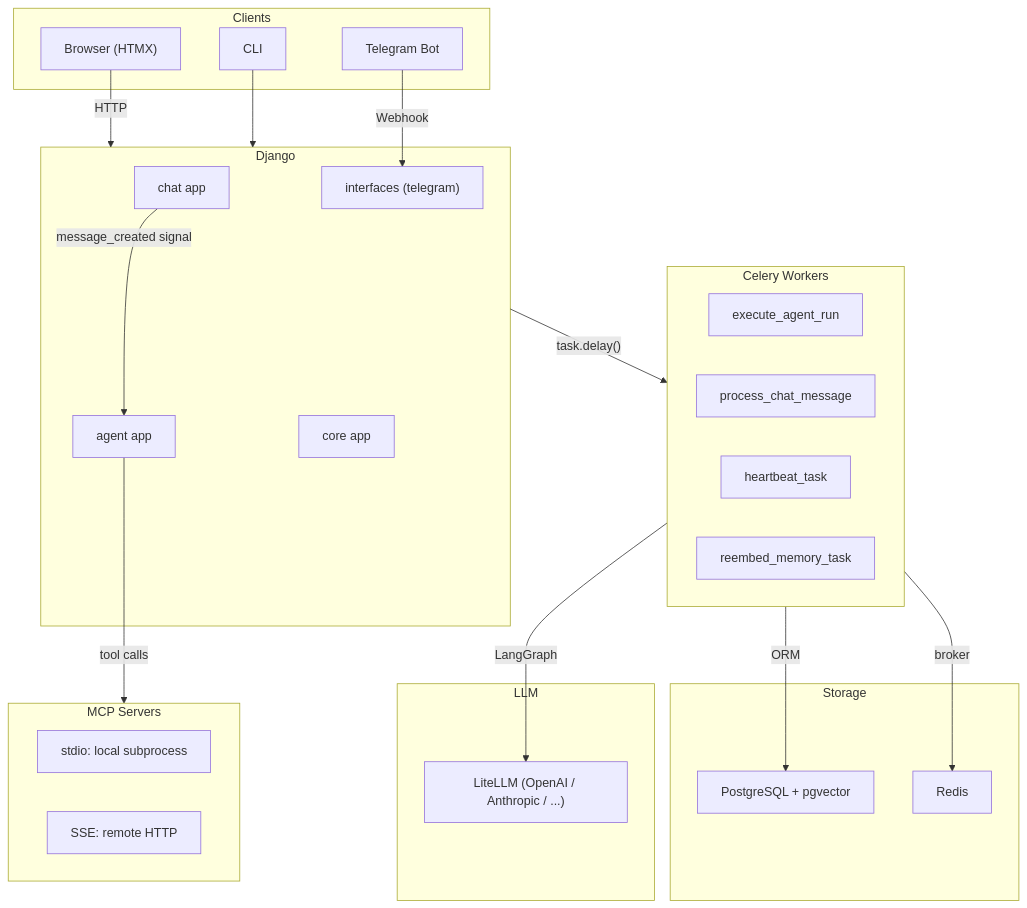
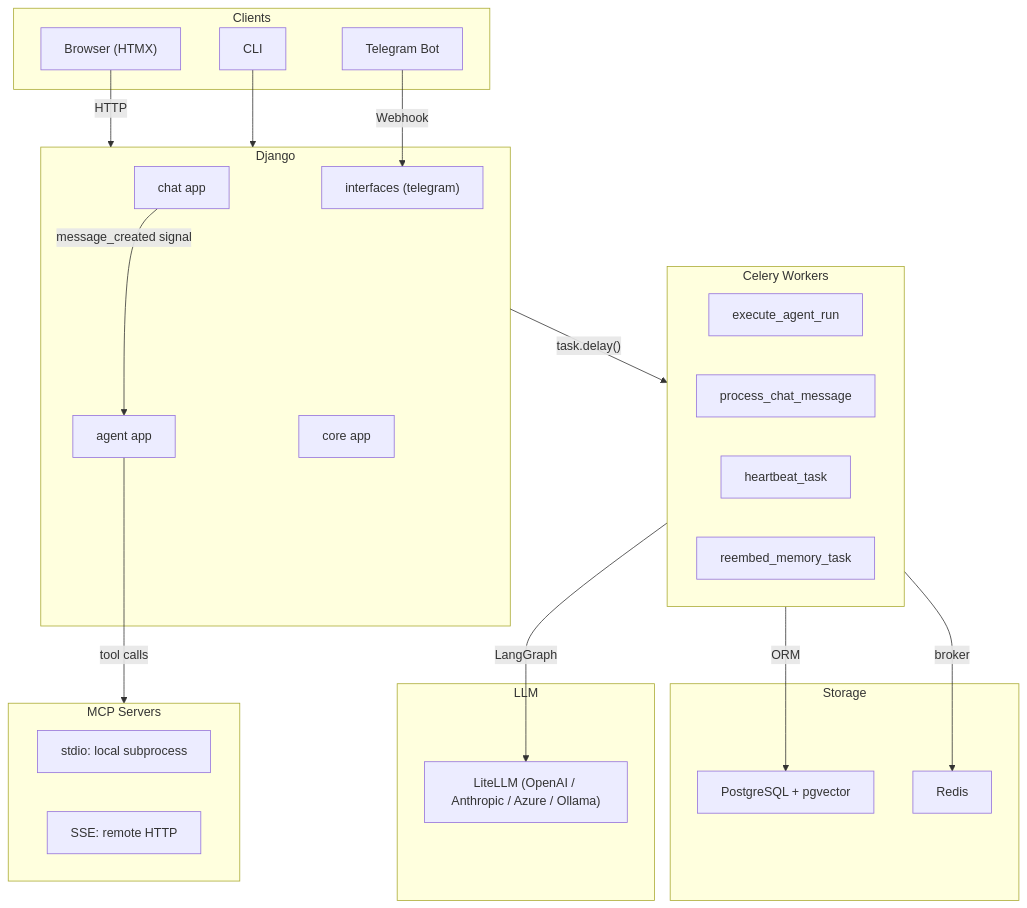
Before and after one commit to fylee/GavinAgent: the first of 4 diagrams in .doc/architecture.md, drawn with Mermaid. The commit also changed other lines of this file and 1 other file, not shown here.

First line of the commit message:
docs: update architecture.md and agent-loop.md to current state

````diff
--- a/.doc/architecture.md
+++ b/.doc/architecture.md
@@ -11,46 +11,46 @@
 ```mermaid
 graph TD
     subgraph Clients
         Browser["Browser (HTMX)"]
         Telegram["Telegram Bot"]
         CLI["CLI"]
     end
 
     subgraph Django
         chat["chat app"]
         agent["agent app"]
         core["core app"]
         interfaces["interfaces (telegram)"]
         chat -- "message_created signal" --> agent
     end
 
     subgraph Workers["Celery Workers"]
         exec["execute_agent_run"]
         proc["process_chat_message"]
         hb["heartbeat_task"]
         re["reembed_memory_task"]
     end
 
     subgraph Storage
         pg["PostgreSQL + pgvector"]
         redis["Redis"]
     end
 
     subgraph LLM
-        litellm["LiteLLM (OpenAI / Anthropic / ...)"]
+        litellm["LiteLLM (OpenAI / Anthropic / Azure / Ollama)"]
     end
 
     subgraph MCP["MCP Servers"]
         stdio["stdio: local subprocess"]
         sse["SSE: remote HTTP"]
     end
 
     Browser -- HTTP --> Django
     Telegram -- Webhook --> interfaces
     CLI --> Django
     Django -- "task.delay()" --> Workers
     Workers -- LangGraph --> litellm
     Workers -- ORM --> pg
     Workers -- broker --> redis
     agent -- "tool calls" --> MCP
 ```
````
